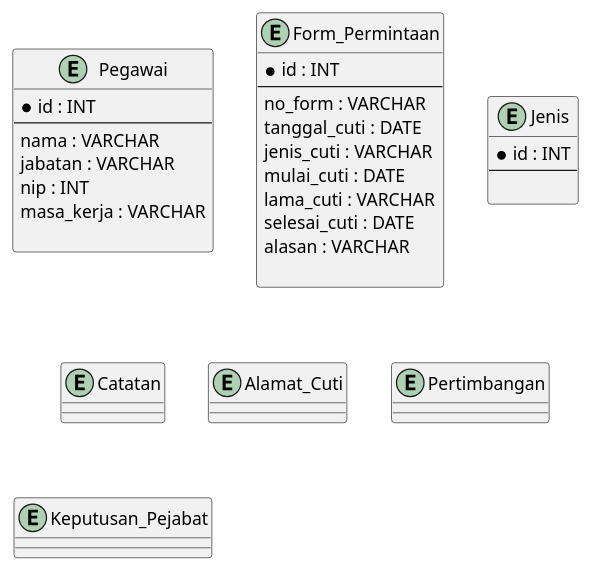
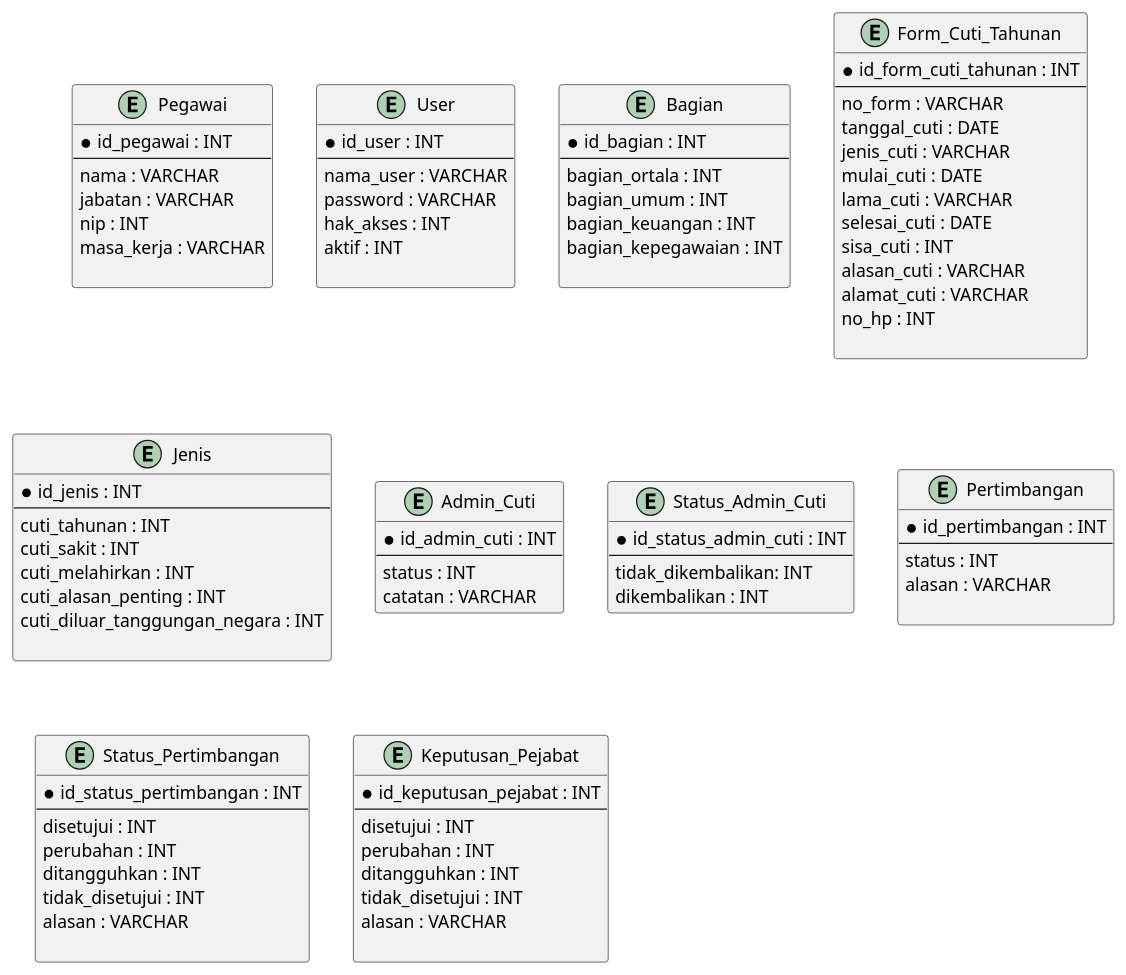
Before and after one commit to muhammad-huzaifah/e-cuti: the diagram in logical.puml, drawn with PlantUML.

Commit message:
perancangan logical e-cuti

```diff
--- a/logical.puml
+++ b/logical.puml
@@ -1,47 +1,104 @@
 @startuml
 entity Pegawai{
-* id : INT
+* id_pegawai : INT
 --
 nama : VARCHAR
 jabatan : VARCHAR
 nip : INT
 masa_kerja : VARCHAR
 
 }
 
-entity Form_Permintaan{
-* id : INT
+entity User{
+* id_user : INT
+--
+nama_user : VARCHAR
+password : VARCHAR
+hak_akses : INT
+aktif : INT
+
+}
+
+entity Bagian{
+* id_bagian : INT
+--
+bagian_ortala : INT
+bagian_umum : INT
+bagian_keuangan : INT
+bagian_kepegawaian : INT
+
+}
+
+entity Form_Cuti_Tahunan{
+* id_form_cuti_tahunan : INT
 --
 no_form : VARCHAR
 tanggal_cuti : DATE
 jenis_cuti : VARCHAR
 mulai_cuti : DATE
 lama_cuti : VARCHAR
 selesai_cuti : DATE
+sisa_cuti : INT
+alasan_cuti : VARCHAR
+alamat_cuti : VARCHAR
+no_hp : INT
+
+}
+
+entity Jenis{
+* id_jenis : INT
+--
+cuti_tahunan : INT
+cuti_sakit : INT
+cuti_melahirkan : INT
+cuti_alasan_penting : INT
+cuti_diluar_tanggungan_negara : INT
+
+}
+
+entity Admin_Cuti{
+* id_admin_cuti : INT
+--
+status : INT
+catatan : VARCHAR
+}
+
+entity Status_Admin_Cuti{
+* id_status_admin_cuti : INT
+--
+ tidak_dikembalikan: INT
+ dikembalikan : INT
+}
+
+
+entity Pertimbangan{
+* id_pertimbangan : INT
+--
+status : INT
 alasan : VARCHAR
 
 }
 
-entity Jenis{
-* id : INT
+entity Status_Pertimbangan{
+* id_status_pertimbangan : INT
 --
-
-}
-
-entity Catatan{
-
-}
-
-entity Alamat_Cuti{
-
-}
-
-entity Pertimbangan{
+disetujui : INT
+perubahan : INT
+ditangguhkan : INT
+tidak_disetujui : INT
+alasan : VARCHAR
 
 }
 
 entity Keputusan_Pejabat{
+* id_keputusan_pejabat : INT
+--
+disetujui : INT
+perubahan : INT
+ditangguhkan : INT
+tidak_disetujui : INT
+alasan : VARCHAR
 
 }
 
 @enduml
```
